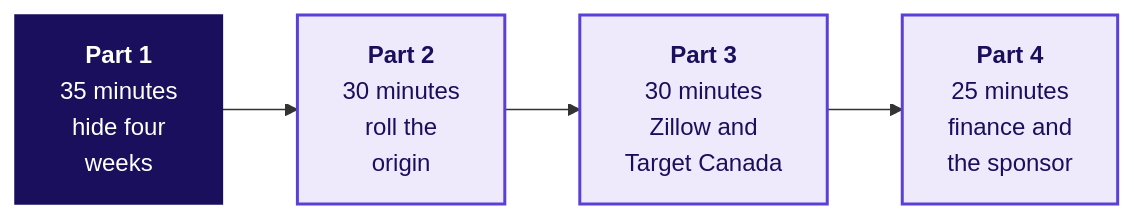
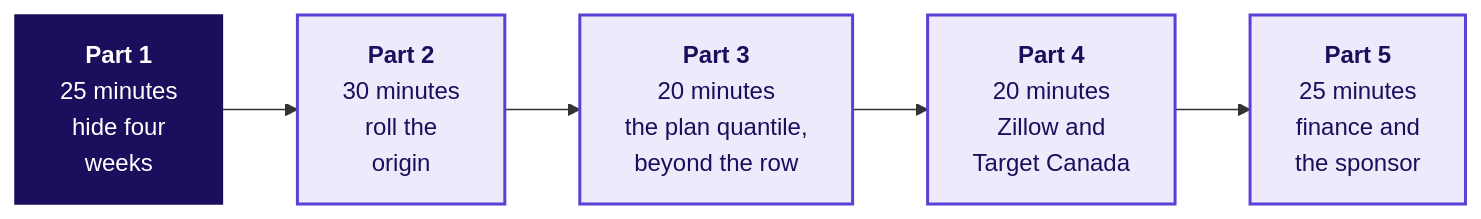
Before and after one commit to fde-academy-lab/c2-content-factory: the first of 2 diagrams in content/W04/D5/slides/C2_W04_D05_fallback_STUDENT.md, drawn with Mermaid. The commit also changed other lines of this file and 20 other files, not shown here.

````diff
--- a/content/W04/D5/slides/C2_W04_D05_fallback_STUDENT.md
+++ b/content/W04/D5/slides/C2_W04_D05_fallback_STUDENT.md
@@ -12,10 +12,11 @@
 ```mermaid
 flowchart LR
-    A["<b>Part 1</b><br/>35 minutes<br/>hide four<br/>weeks"] --> B["<b>Part 2</b><br/>30 minutes<br/>roll the<br/>origin"]
-    B --> C["<b>Part 3</b><br/>30 minutes<br/>Zillow and<br/>Target Canada"]
-    C --> D["<b>Part 4</b><br/>25 minutes<br/>finance and<br/>the sponsor"]
+    A["<b>Part 1</b><br/>25 minutes<br/>hide four<br/>weeks"] --> B["<b>Part 2</b><br/>30 minutes<br/>roll the<br/>origin"]
+    B --> C["<b>Part 3</b><br/>20 minutes<br/>the plan quantile,<br/>beyond the row"]
+    C --> D["<b>Part 4</b><br/>20 minutes<br/>Zillow and<br/>Target Canada"]
+    D --> E["<b>Part 5</b><br/>25 minutes<br/>finance and<br/>the sponsor"]
     classDef lit fill:#1A0F5C,stroke:#1A0F5C,color:#FFFFFF
     classDef known fill:#EEEAFB,stroke:#5B3FD6,color:#1A0F5C,stroke-width:2px
     class A lit
-    class B,C,D known
+    class B,C,D,E known
 ```
````
